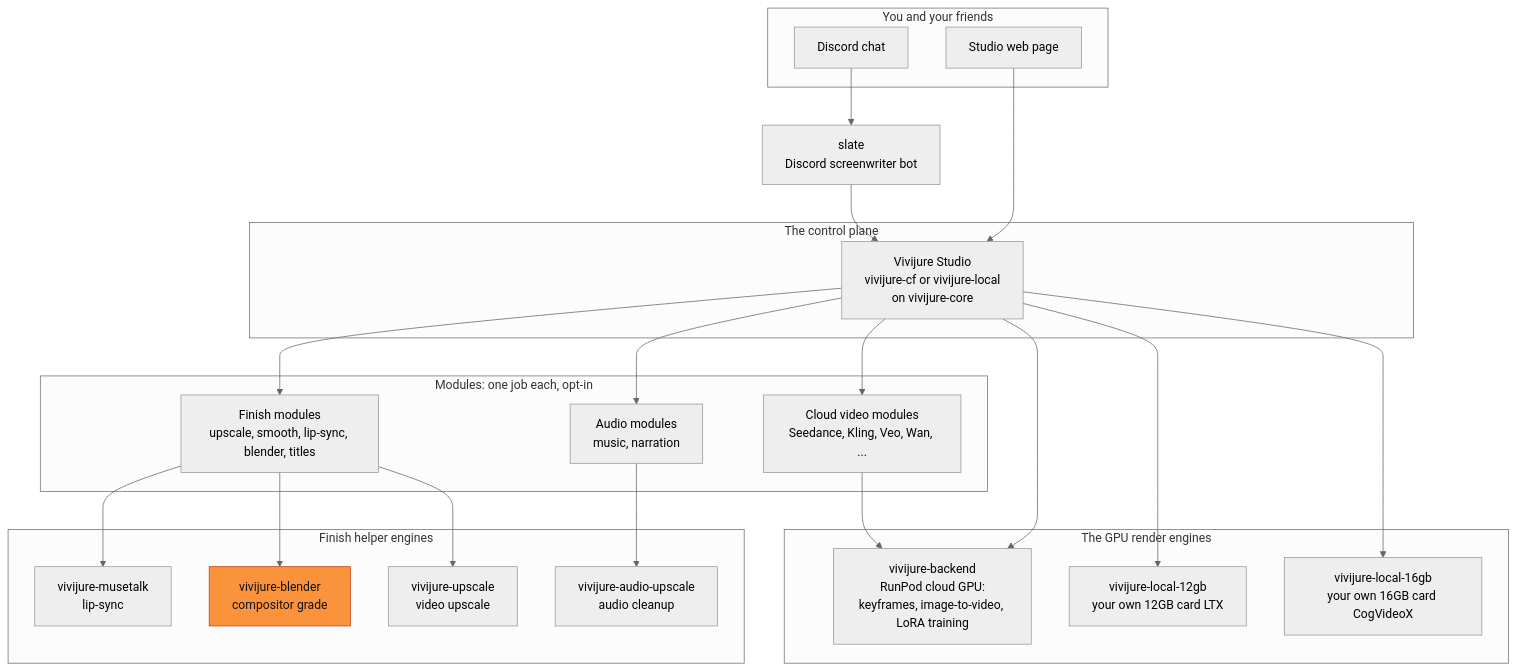
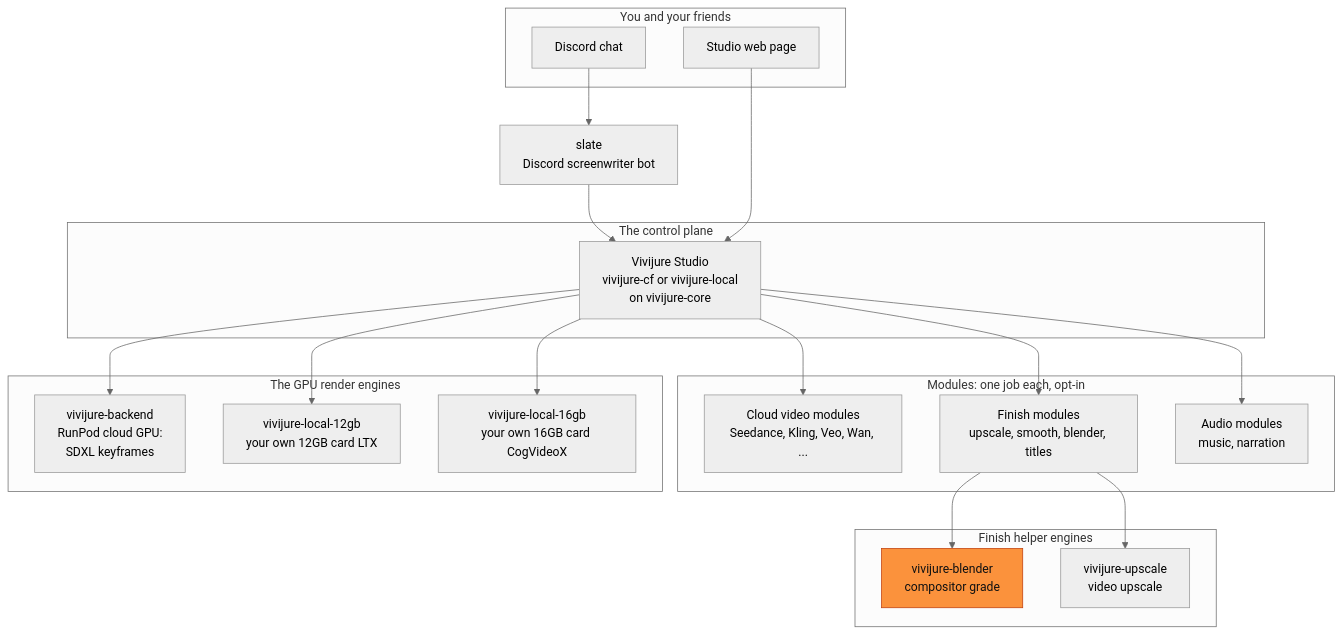
One commit to skyphusion-labs/vivijure-blender changed the first of 3 diagrams in README.md. Above: the diagram before and after it, drawn with Mermaid (neutral theme). The commit also changed other lines of this file and 2 other files, not shown here.

First line of the commit message:
docs: say the engine runs on RunPod or as a Cloudflare Container door (docs pass) (#52)

````diff
--- a/README.md
+++ b/README.md
@@ -17,49 +20,44 @@
 ```mermaid
 flowchart TD
     subgraph front[You and your friends]
         discord[Discord chat]
         ui[Studio web page]
     end
 
     slate[slate<br/>Discord screenwriter bot]
 
     subgraph core[The control plane]
         studio[Vivijure Studio<br/>vivijure-cf or vivijure-local<br/>on vivijure-core]
     end
 
     subgraph modules[Modules: one job each, opt-in]
         cloudmods[Cloud video modules<br/>Seedance, Kling, Veo, Wan, ...]
-        finishmods[Finish modules<br/>upscale, smooth, lip-sync, blender, titles]
+        finishmods[Finish modules<br/>upscale, smooth, blender, titles]
         audiomods[Audio modules<br/>music, narration]
     end
 
     subgraph gpu[The GPU render engines]
-        backend[vivijure-backend<br/>RunPod cloud GPU:<br/>keyframes, image-to-video, LoRA training]
+        backend[vivijure-backend<br/>RunPod cloud GPU:<br/>SDXL keyframes]
         local12[vivijure-local-12gb<br/>your own 12GB card LTX]
         local16[vivijure-local-16gb<br/>your own 16GB card CogVideoX]
     end
 
     subgraph finish[Finish helper engines]
-        musetalk[vivijure-musetalk<br/>lip-sync]
         blender[vivijure-blender<br/>compositor grade]
         upscale[vivijure-upscale<br/>video upscale]
-        audioup[vivijure-audio-upscale<br/>audio cleanup]
     end
 
     discord --> slate
     slate --> studio
     ui --> studio
     studio --> cloudmods
     studio --> finishmods
     studio --> audiomods
-    cloudmods --> backend
-    finishmods --> musetalk
     finishmods --> blender
     finishmods --> upscale
-    audiomods --> audioup
     studio --> backend
     studio --> local12
     studio --> local16
 
     style blender fill:#fb923c,stroke:#c2410c,color:#111
 ```
````
